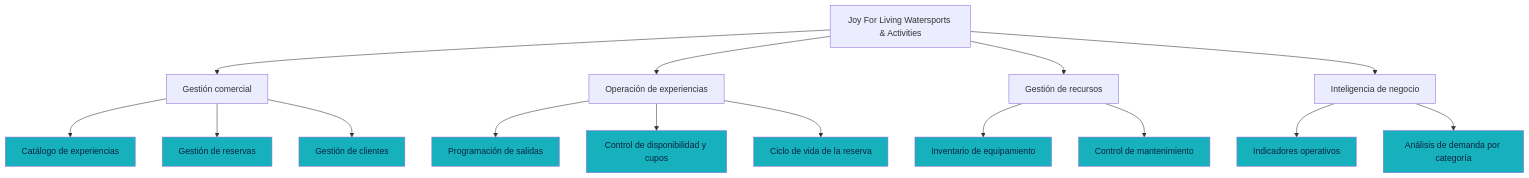
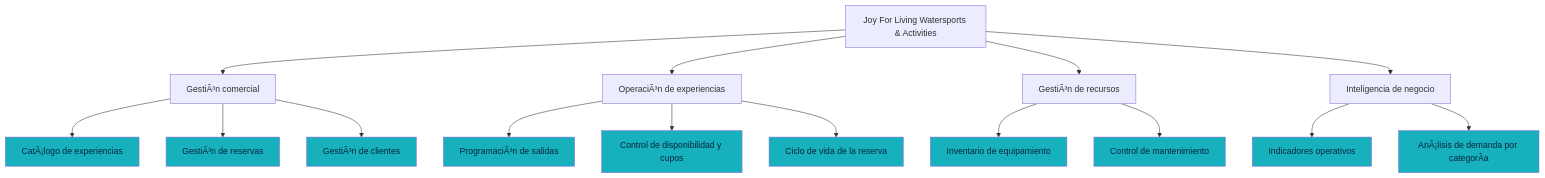
The diagram in README.md (stamperbenjamin7-web/joy-for-living-app), drawn with Mermaid before and after one commit. The commit also changed other lines of this file and 67 other files, not shown here.

````diff
--- a/README.md
+++ b/README.md
@@ -41,34 +41,34 @@
 ```mermaid
 graph TD
     A[Joy For Living Watersports & Activities]
 
-    A --> B[Gestión comercial]
-    A --> C[Operación de experiencias]
-    A --> D[Gestión de recursos]
+    A --> B[GestiÃ³n comercial]
+    A --> C[OperaciÃ³n de experiencias]
+    A --> D[GestiÃ³n de recursos]
     A --> E[Inteligencia de negocio]
 
-    B --> B1[Catálogo de experiencias]
-    B --> B2[Gestión de reservas]
-    B --> B3[Gestión de clientes]
+    B --> B1[CatÃ¡logo de experiencias]
+    B --> B2[GestiÃ³n de reservas]
+    B --> B3[GestiÃ³n de clientes]
 
-    C --> C1[Programación de salidas]
+    C --> C1[ProgramaciÃ³n de salidas]
     C --> C2[Control de disponibilidad y cupos]
     C --> C3[Ciclo de vida de la reserva]
 
     D --> D1[Inventario de equipamiento]
     D --> D2[Control de mantenimiento]
 
     E --> E1[Indicadores operativos]
-    E --> E2[Análisis de demanda por categoría]
+    E --> E2[AnÃ¡lisis de demanda por categorÃ­a]
 
     style B1 fill:#17b0bd,color:#06263f
     style B2 fill:#17b0bd,color:#06263f
     style B3 fill:#17b0bd,color:#06263f
     style C1 fill:#17b0bd,color:#06263f
     style C2 fill:#17b0bd,color:#06263f
     style C3 fill:#17b0bd,color:#06263f
     style D1 fill:#17b0bd,color:#06263f
     style D2 fill:#17b0bd,color:#06263f
     style E1 fill:#17b0bd,color:#06263f
     style E2 fill:#17b0bd,color:#06263f
 ```
````
